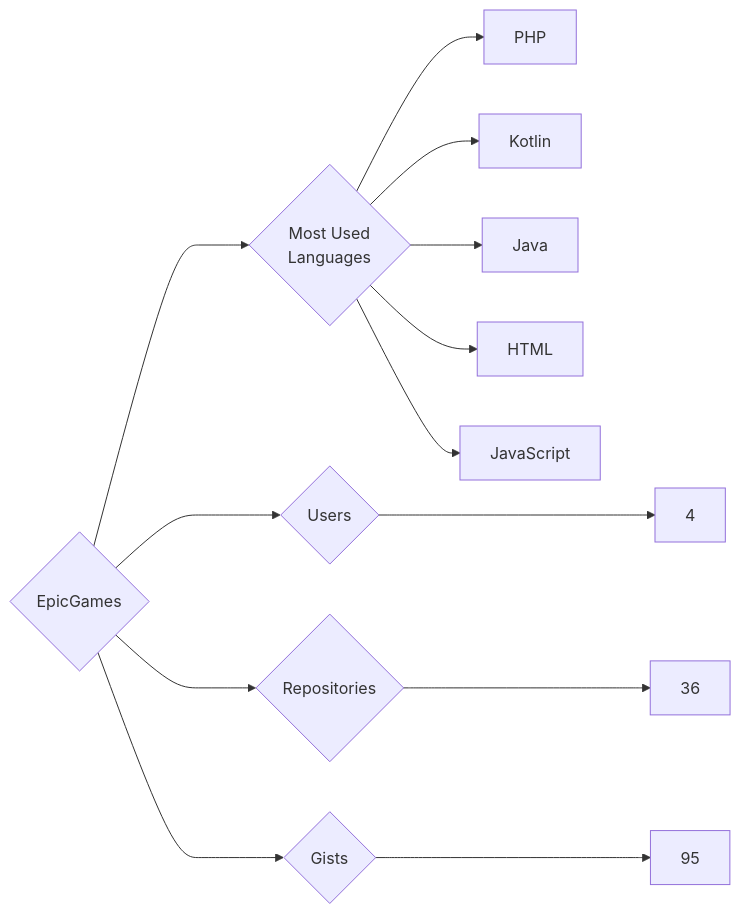
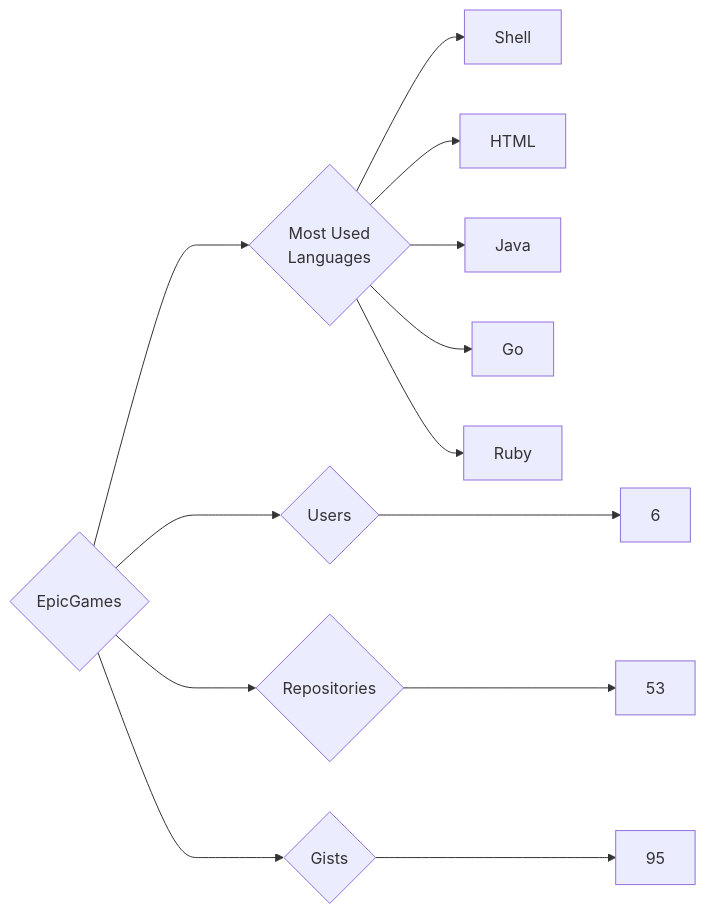
One commit to trickest/insiders changed the diagram in targets/EpicGames/README.md. Above: the diagram before and after it, drawn with Mermaid. The commit also changed 1167 other files, not shown here.

````diff
--- a/targets/EpicGames/README.md
+++ b/targets/EpicGames/README.md
@@ -3,13 +3,13 @@
 ```mermaid
 graph LR
 COMPANY_NAME{EpicGames}
-COMPANY_NAME ---> U{Users} ---> UN[4]
-COMPANY_NAME ---> R{Repositories} ---> RN[36]
+COMPANY_NAME ---> U{Users} ---> UN[6]
+COMPANY_NAME ---> R{Repositories} ---> RN[53]
 COMPANY_NAME ---> G{Gists} ---> GN[95]
 COMPANY_NAME ---> ML{Most Used<br>Languages}
-ML --> PHP[PHP]
-ML --> Kotlin[Kotlin]
+ML --> Shell[Shell]
+ML --> HTML[HTML]
 ML --> Java[Java]
-ML --> HTML[HTML]
-ML --> JavaScript[JavaScript]
+ML --> Go[Go]
+ML --> Ruby[Ruby]
 ```
````
